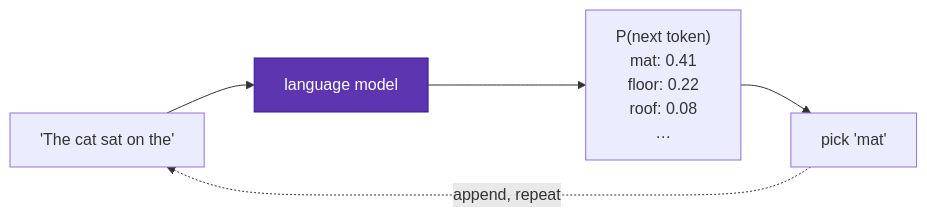
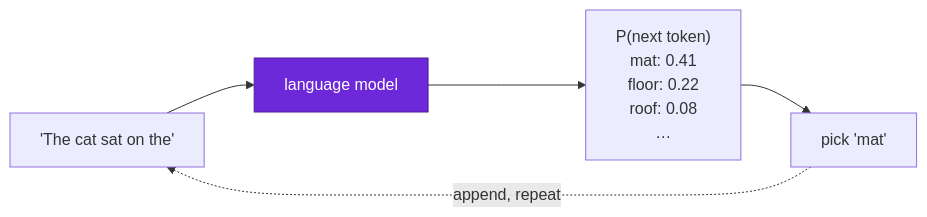
Before and after one commit to youyun8/deep-kernel-handbook: the first of 10 diagrams in docs/foundations/transformer-from-scratch.md, drawn with Mermaid. The commit also changed other lines of this file and 1 other file, not shown here.

Commit message:
docs: give each transformer-from-scratch diagram its own color scheme

````diff
--- a/docs/foundations/transformer-from-scratch.md
+++ b/docs/foundations/transformer-from-scratch.md
@@ -28,9 +28,9 @@
 ```mermaid
 flowchart LR
     T["'The cat sat on the'"] --> M["language model"]
     M --> P["P(next token)<br/>mat: 0.41<br/>floor: 0.22<br/>roof: 0.08<br/>…"]
     P --> N["pick 'mat'"]
     N -.->|"append, repeat"| T
-    class M flagship;
-    classDef flagship fill:#5e35b1,stroke:#311b92,color:#fff;
+    class M accViolet;
+    classDef accViolet fill:#6d28d9,stroke:#4c1d95,color:#fff;
 ```
````
